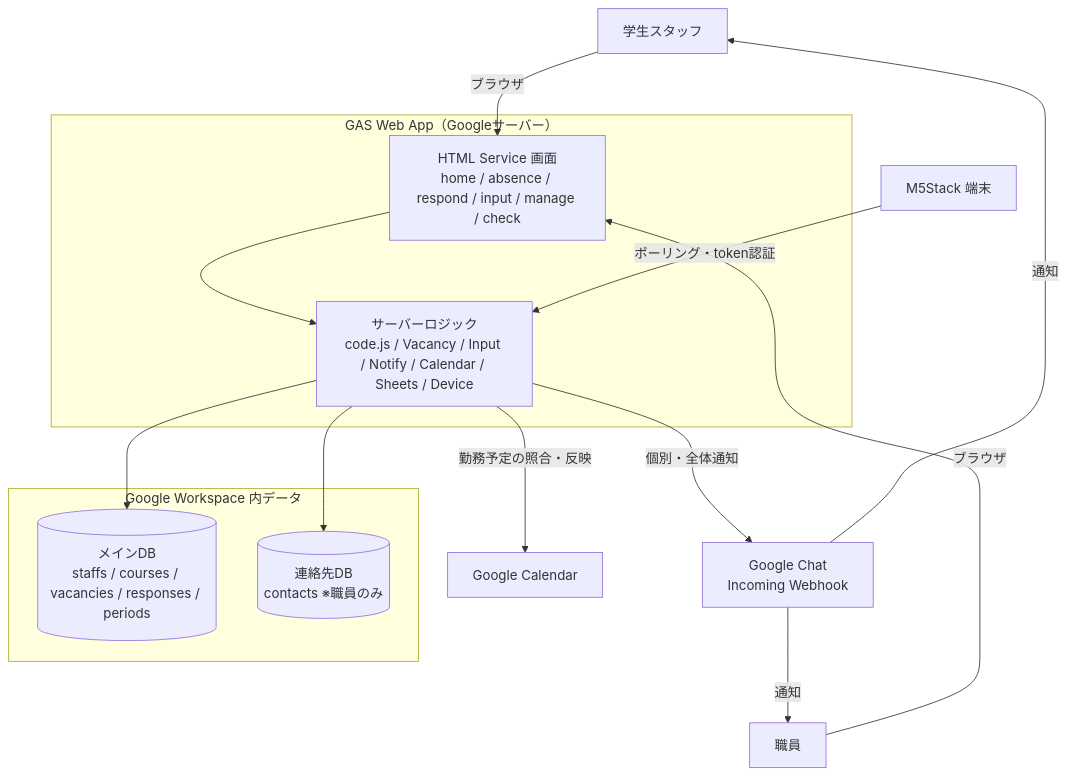
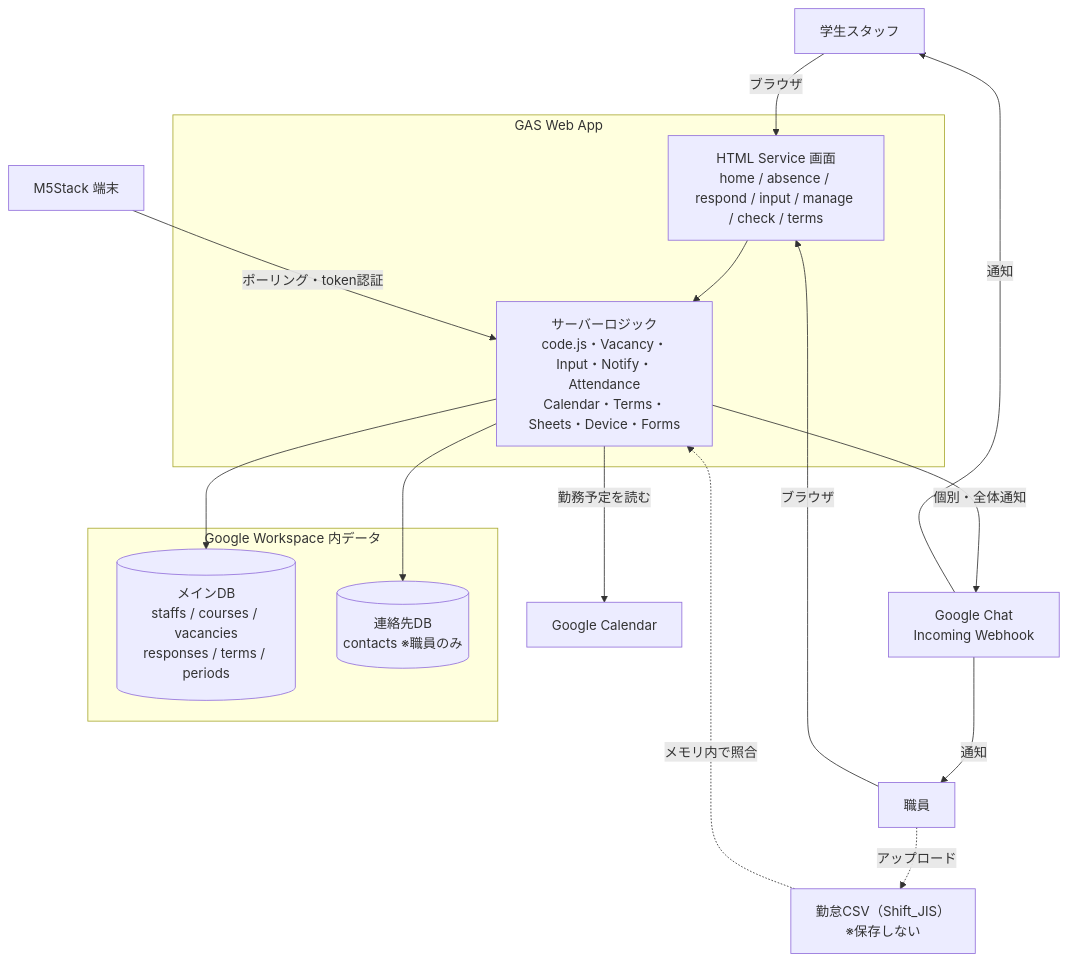
One commit to Nakano-official/takeover changed the second of 3 diagrams in README.md. Above: the diagram before and after it, drawn with Mermaid. The commit also changed other lines of this file and 2 other files, not shown here.

````diff
--- a/README.md
+++ b/README.md
@@ -29,31 +122,34 @@
 ```mermaid
 flowchart TB
   S["学生スタッフ"]
   T["職員"]
   D["M5Stack 端末"]
 
-  subgraph App["GAS Web App（Googleサーバー）"]
-    UI["HTML Service 画面<br/>home / absence / respond / input / manage / check"]
-    Logic["サーバーロジック<br/>code.js / Vacancy / Input / Notify / Calendar / Sheets / Device"]
+  subgraph App["GAS Web App"]
+    UI["HTML Service 画面<br/>home / absence / respond / input / manage / check / terms"]
+    Logic["サーバーロジック<br/>code.js・Vacancy・Input・Notify・Attendance<br/>Calendar・Terms・Sheets・Device・Forms"]
     UI --> Logic
   end
 
   subgraph DataLayer["Google Workspace 内データ"]
-    M[("メインDB<br/>staffs / courses / vacancies / responses / periods")]
+    M[("メインDB<br/>staffs / courses / vacancies<br/>responses / terms / periods")]
     C[("連絡先DB<br/>contacts ※職員のみ")]
   end
 
   Chat["Google Chat<br/>Incoming Webhook"]
   Cal["Google Calendar"]
+  CSV["勤怠CSV（Shift_JIS）<br/>※保存しない"]
 
   S -->|ブラウザ| UI
   T -->|ブラウザ| UI
+  T -.->|アップロード| CSV
   D -->|ポーリング・token認証| Logic
 
   Logic --> M
   Logic --> C
   Logic -->|個別・全体通知| Chat
-  Logic -->|勤務予定の照合・反映| Cal
+  Logic -->|勤務予定を読む| Cal
+  CSV -.->|メモリ内で照合| Logic
   Chat -->|通知| S
   Chat -->|通知| T
 ```
````
